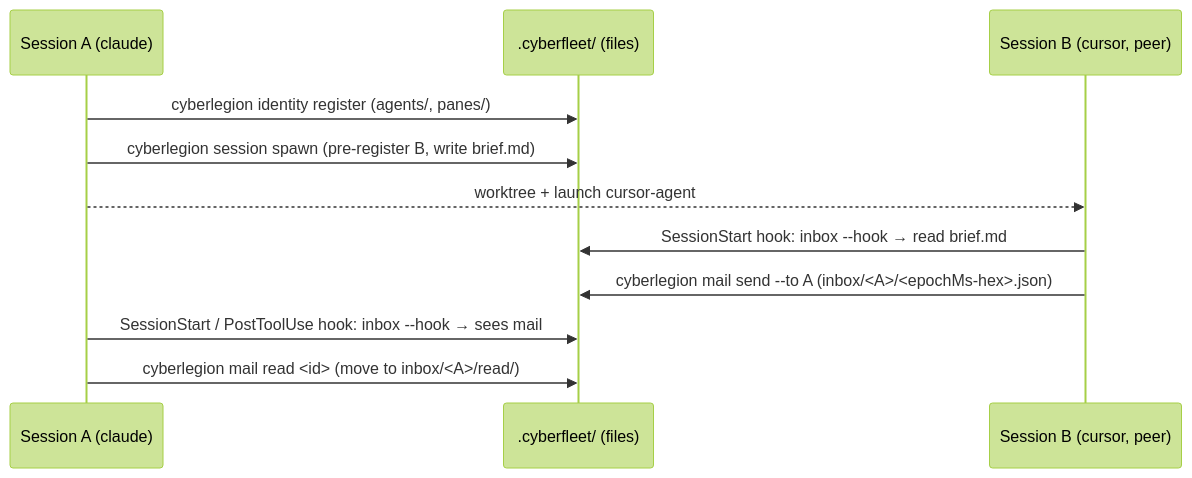
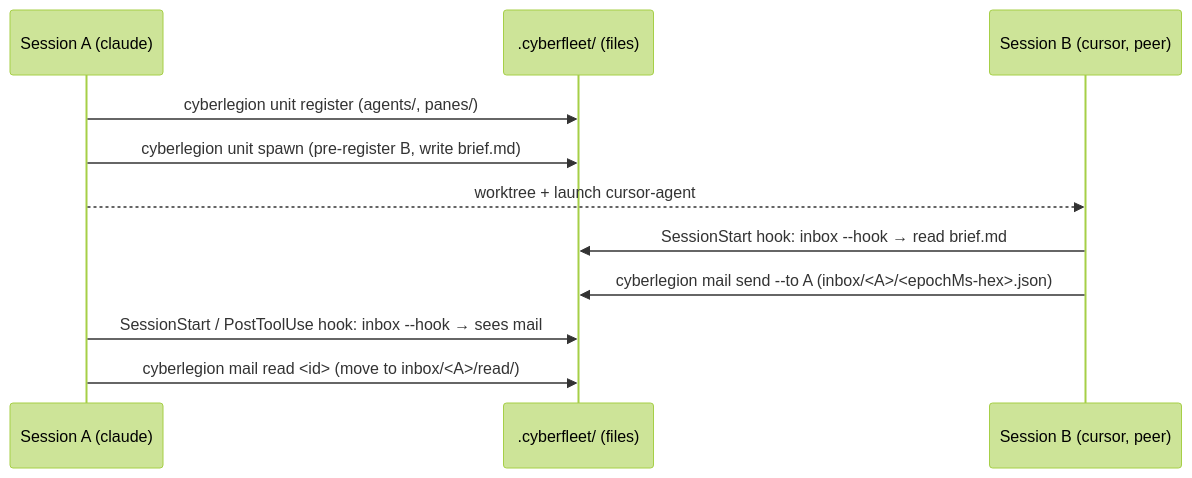
One commit to cyberuni/cyberfleet changed the diagram in .agents/specs/cyberfleet-plugin/README.md. Above: the diagram before and after it, drawn with Mermaid (forest theme). The commit also changed 14 other files, not shown here.

````diff
--- a/.agents/specs/cyberfleet-plugin/README.md
+++ b/.agents/specs/cyberfleet-plugin/README.md
@@ -19,13 +19,13 @@
 ```mermaid
 sequenceDiagram
     participant A as Session A (claude)
     participant FS as .cyberfleet/ (files)
     participant B as Session B (cursor, peer)
-    A->>FS: cyberlegion identity register (agents/, panes/)
-    A->>FS: cyberlegion session spawn (pre-register B, write brief.md)
+    A->>FS: cyberlegion unit register (agents/, panes/)
+    A->>FS: cyberlegion unit spawn (pre-register B, write brief.md)
     A-->>B: worktree + launch cursor-agent
     B->>FS: SessionStart hook: inbox --hook → read brief.md
     B->>FS: cyberlegion mail send --to A (inbox/<A>/<epochMs-hex>.json)
     A->>FS: SessionStart / PostToolUse hook: inbox --hook → sees mail
     A->>FS: cyberlegion mail read <id> (move to inbox/<A>/read/)
 ```
````
